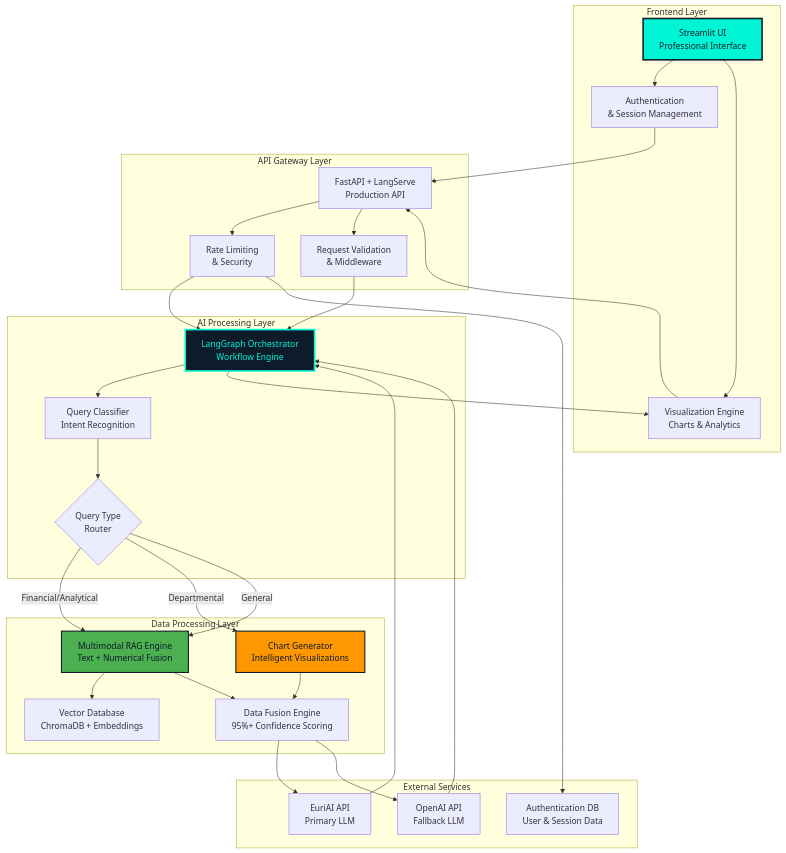
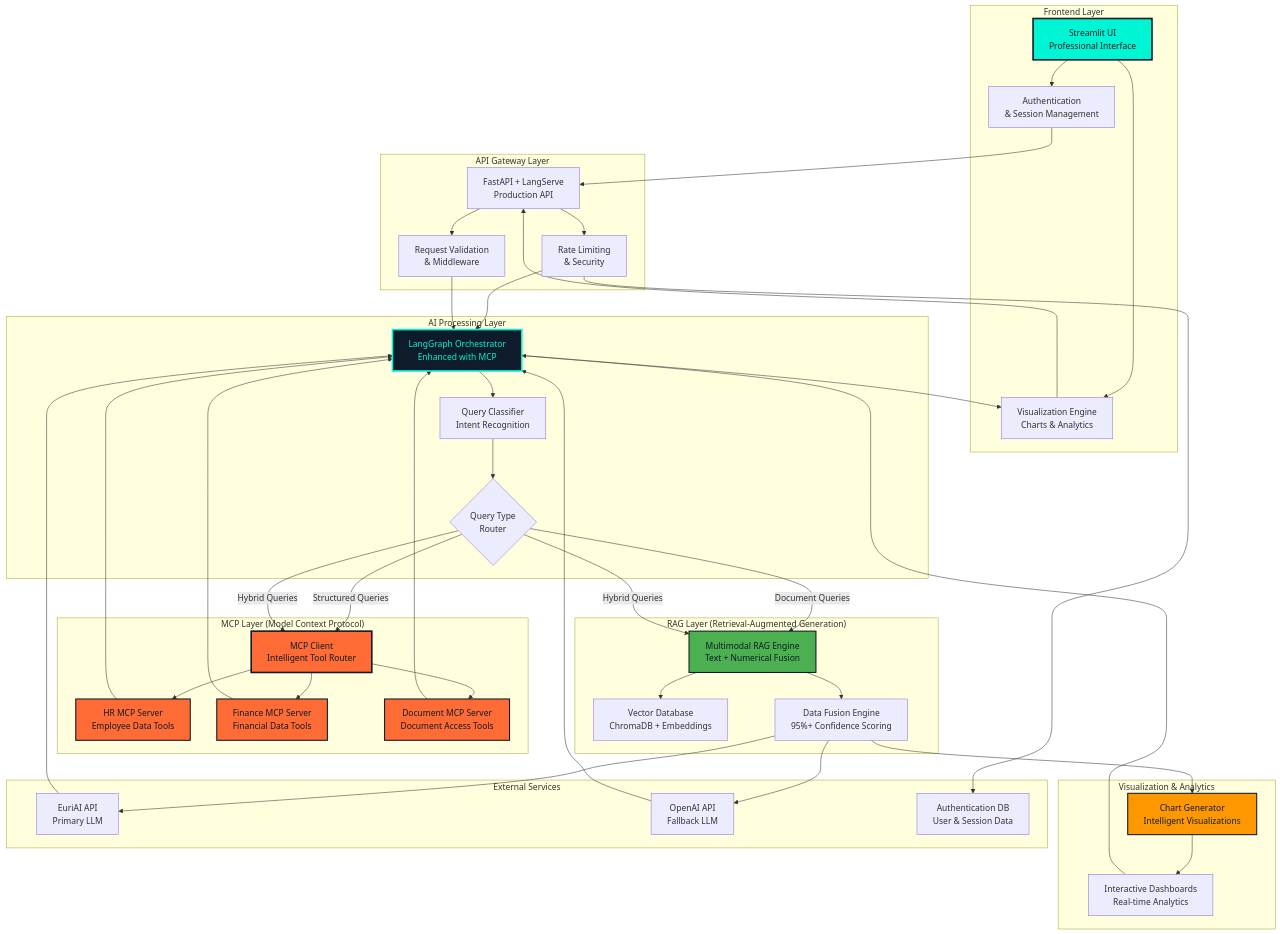
The first of 4 diagrams in README.md (erickyegon/finsolve-rag-rbac-assistant), drawn with Mermaid before and after one commit. The commit also changed other lines of this file and 28 other files, not shown here.

````diff
--- a/README.md
+++ b/README.md
@@ -175,16 +255,27 @@
     end
 
     subgraph "AI Processing Layer"
-        C[LangGraph Orchestrator<br/>Workflow Engine]
+        C[LangGraph Orchestrator<br/>Enhanced with MCP]
         D[Query Classifier<br/>Intent Recognition]
         E{Query Type<br/>Router}
     end
 
-    subgraph "Data Processing Layer"
+    subgraph "MCP Layer (Model Context Protocol)"
+        M1[HR MCP Server<br/>Employee Data Tools]
+        M2[Finance MCP Server<br/>Financial Data Tools]
+        M3[Document MCP Server<br/>Document Access Tools]
+        MC[MCP Client<br/>Intelligent Tool Router]
+    end
+
+    subgraph "RAG Layer (Retrieval-Augmented Generation)"
         F[Multimodal RAG Engine<br/>Text + Numerical Fusion]
         G[Vector Database<br/>ChromaDB + Embeddings]
+        I[Data Fusion Engine<br/>95%+ Confidence Scoring]
+    end
+
+    subgraph "Visualization & Analytics"
         H[Chart Generator<br/>Intelligent Visualizations]
-        I[Data Fusion Engine<br/>95%+ Confidence Scoring]
+        V[Interactive Dashboards<br/>Real-time Analytics]
     end
 
     subgraph "External Services"
@@ -203,12 +294,21 @@
     B2 --> C
     C --> D
     D --> E
-    E -->|Financial/Analytical| F
-    E -->|Departmental| H
-    E -->|General| F
+    E -->|Structured Queries| MC
+    E -->|Document Queries| F
+    E -->|Hybrid Queries| MC
+    E -->|Hybrid Queries| F
+    MC --> M1
+    MC --> M2
+    MC --> M3
+    M1 --> C
+    M2 --> C
+    M3 --> C
     F --> G
     F --> I
-    H --> I
+    I --> H
+    H --> V
+    V --> C
     I --> J
     I --> K
     J --> C
@@ -218,6 +318,10 @@
 
     style A fill:#00F5D4,stroke:#0D1B2A,stroke-width:3px,color:#0D1B2A
     style C fill:#0D1B2A,stroke:#00F5D4,stroke-width:3px,color:#00F5D4
+    style MC fill:#FF6B35,stroke:#0D1B2A,stroke-width:3px,color:#0D1B2A
+    style M1 fill:#FF6B35,stroke:#0D1B2A,stroke-width:2px,color:#0D1B2A
+    style M2 fill:#FF6B35,stroke:#0D1B2A,stroke-width:2px,color:#0D1B2A
+    style M3 fill:#FF6B35,stroke:#0D1B2A,stroke-width:2px,color:#0D1B2A
     style F fill:#4CAF50,stroke:#0D1B2A,stroke-width:2px,color:#0D1B2A
     style H fill:#FF9800,stroke:#0D1B2A,stroke-width:2px,color:#0D1B2A
 ```
````
